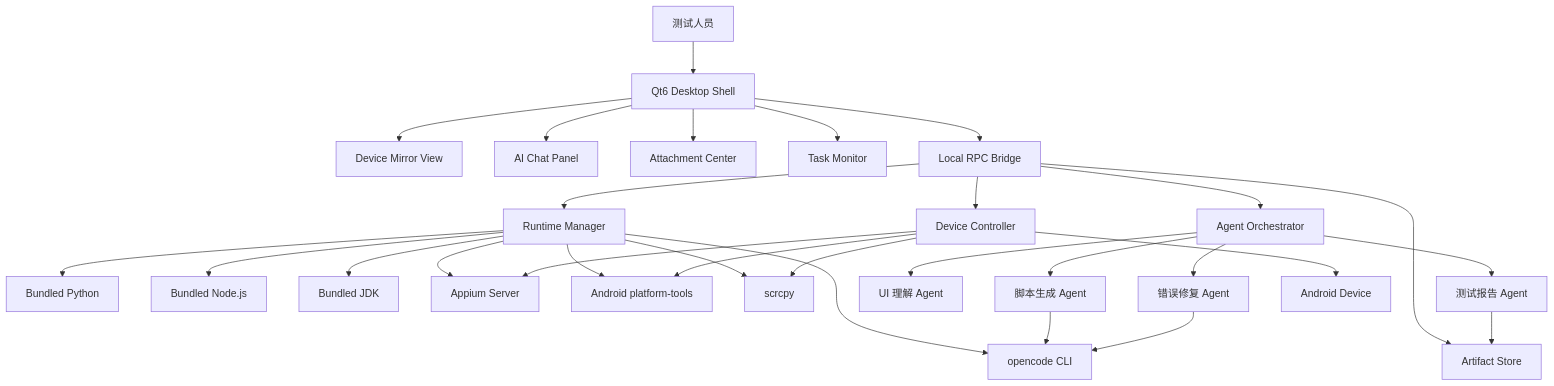
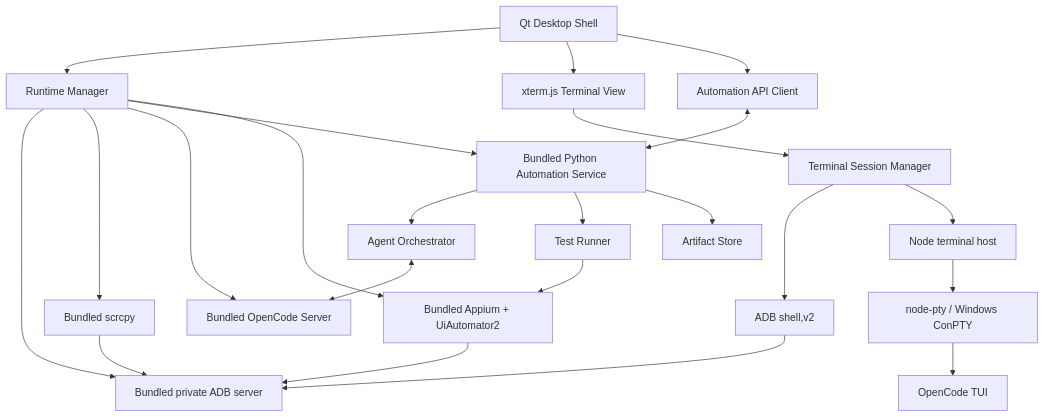
Before and after one commit to Zedex666/AI_Mobile_Test_Studio_Codex: the second of 4 diagrams in docs/ARCHITECTURE.md, drawn with Mermaid. The commit also changed other lines of this file and 46 other files, not shown here.

````diff
--- a/docs/ARCHITECTURE.md
+++ b/docs/ARCHITECTURE.md
@@ -9,36 +52,28 @@
 ```mermaid
 flowchart TB
-    User["测试人员"] --> Qt["Qt6 Desktop Shell"]
-    Qt --> DeviceView["Device Mirror View"]
-    Qt --> Chat["AI Chat Panel"]
-    Qt --> Attachment["Attachment Center"]
-    Qt --> Task["Task Monitor"]
+    Qt["Qt Desktop Shell"] --> Runtime["Runtime Manager"]
+    Qt --> Terminal["xterm.js Terminal View"]
+    Qt --> BridgeClient["Automation API Client"]
 
-    Qt --> Bridge["Local RPC Bridge"]
-    Bridge --> Runtime["Runtime Manager"]
-    Bridge --> AgentHub["Agent Orchestrator"]
-    Bridge --> DeviceHub["Device Controller"]
-    Bridge --> Artifact["Artifact Store"]
+    Terminal --> SessionManager["Terminal Session Manager"]
+    SessionManager --> AdbSession["ADB shell,v2"]
+    SessionManager --> PtyHost["Node terminal host"]
+    PtyHost --> ConPty["node-pty / Windows ConPTY"]
+    ConPty --> OpenCodeTui["OpenCode TUI"]
 
-    Runtime --> Python["Bundled Python"]
-    Runtime --> Node["Bundled Node.js"]
-    Runtime --> JDK["Bundled JDK"]
-    Runtime --> Appium["Appium Server"]
-    Runtime --> ADB["Android platform-tools"]
-    Runtime --> Scrcpy["scrcpy"]
-    Runtime --> OpenCode["opencode CLI"]
+    Runtime --> PrivateAdb["Bundled private ADB server"]
+    Runtime --> Scrcpy["Bundled scrcpy"]
+    Runtime --> OpenCodeServer["Bundled OpenCode Server"]
+    Runtime --> Automation["Bundled Python Automation Service"]
+    Runtime --> Appium["Bundled Appium + UiAutomator2"]
 
-    AgentHub --> ScriptAgent["脚本生成 Agent"]
-    AgentHub --> UIAgent["UI 理解 Agent"]
-    AgentHub --> FixAgent["错误修复 Agent"]
-    AgentHub --> ReportAgent["测试报告 Agent"]
-
-    DeviceHub --> Android["Android Device"]
-    DeviceHub --> Appium
-    DeviceHub --> ADB
-    DeviceHub --> Scrcpy
-
-    ScriptAgent --> OpenCode
-    FixAgent --> OpenCode
-    ReportAgent --> Artifact
+    BridgeClient <--> Automation
+    Automation --> AgentHub["Agent Orchestrator"]
+    Automation --> Runner["Test Runner"]
+    Automation --> Artifacts["Artifact Store"]
+    AgentHub <--> OpenCodeServer
+    Runner --> Appium
+    Appium --> PrivateAdb
+    AdbSession --> PrivateAdb
+    Scrcpy --> PrivateAdb
 ```
````
